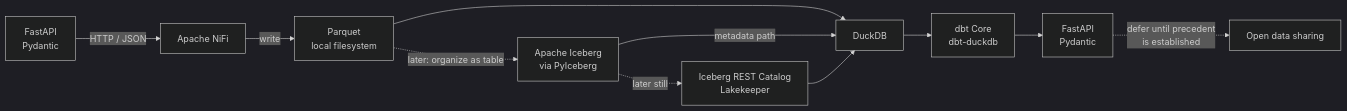
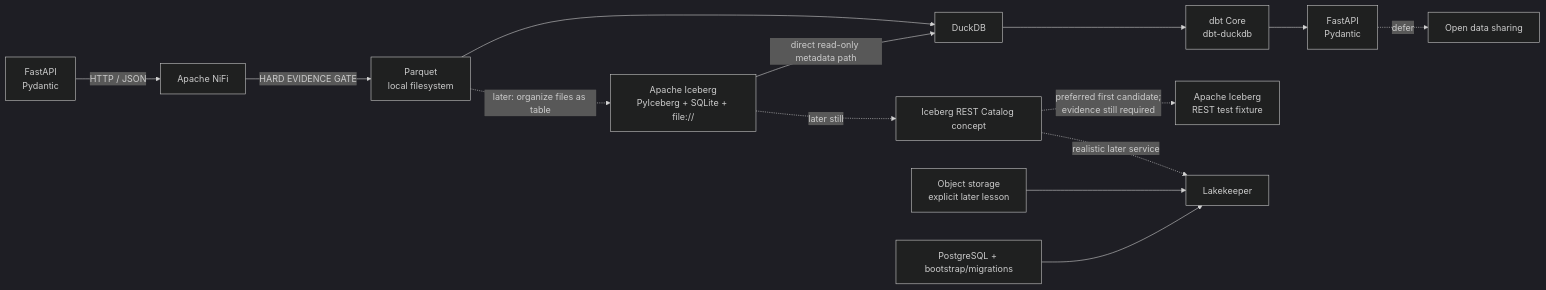
The first of 2 diagrams in research/minimal-local-data-platform.md (halkypi/data-platform-lab), drawn with Mermaid (dark theme) before and after one commit. The commit also changed other lines of this file, not shown here.

````diff
--- a/research/minimal-local-data-platform.md
+++ b/research/minimal-local-data-platform.md
@@ -23,15 +30,19 @@
 ```mermaid
 flowchart LR
     A["FastAPI<br/>Pydantic"] -->|"HTTP / JSON"| B["Apache NiFi"]
-    B -->|"write"| C["Parquet<br/>local filesystem"]
+    B -->|"HARD EVIDENCE GATE"| C["Parquet<br/>local filesystem"]
     C --> D["DuckDB"]
     D --> E["dbt Core<br/>dbt-duckdb"]
     E --> F["FastAPI<br/>Pydantic"]
 
-    C -. "later: organize as table" .-> G["Apache Iceberg<br/>via PyIceberg"]
-    G -->|"metadata path"| D
-    G -. "later still" .-> H["Iceberg REST Catalog<br/>Lakekeeper"]
-    H --> D
+    C -. "later: organize files as table" .-> G["Apache Iceberg<br/>PyIceberg + SQLite + file://"]
+    G -->|"direct read-only metadata path"| D
 
-    F -. "defer until precedent<br/>is established" .-> I["Open data sharing"]
+    G -. "later still" .-> R["Iceberg REST Catalog concept"]
+    R -. "preferred first candidate;<br/>evidence still required" .-> X["Apache Iceberg<br/>REST test fixture"]
+    R -. "realistic later service" .-> L["Lakekeeper"]
+    O["Object storage<br/>explicit later lesson"] --> L
+    P["PostgreSQL + bootstrap/migrations"] --> L
+
+    F -. "defer" .-> S["Open data sharing"]
 ```
````
